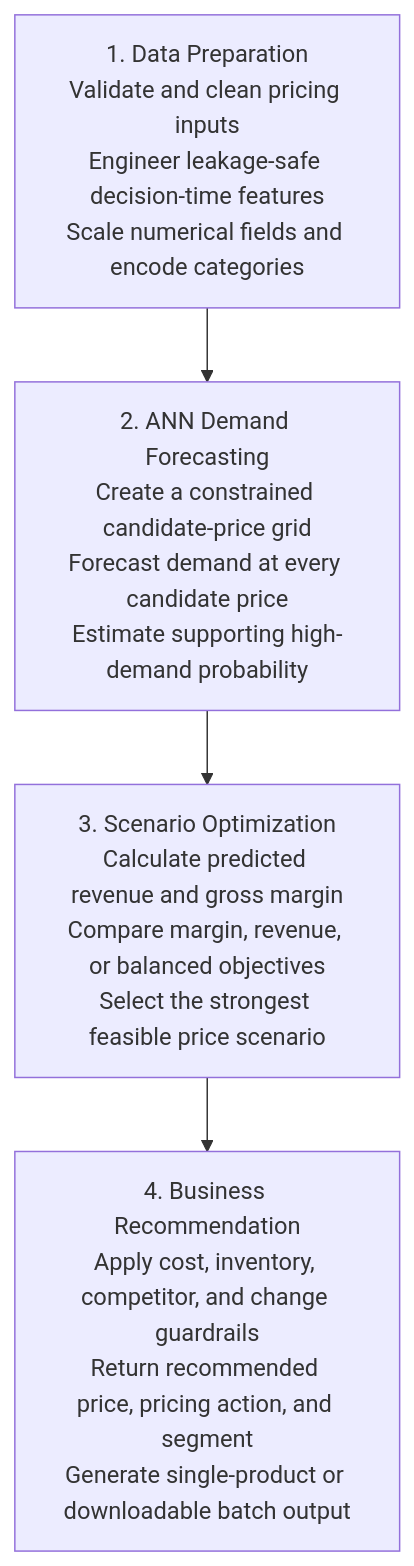
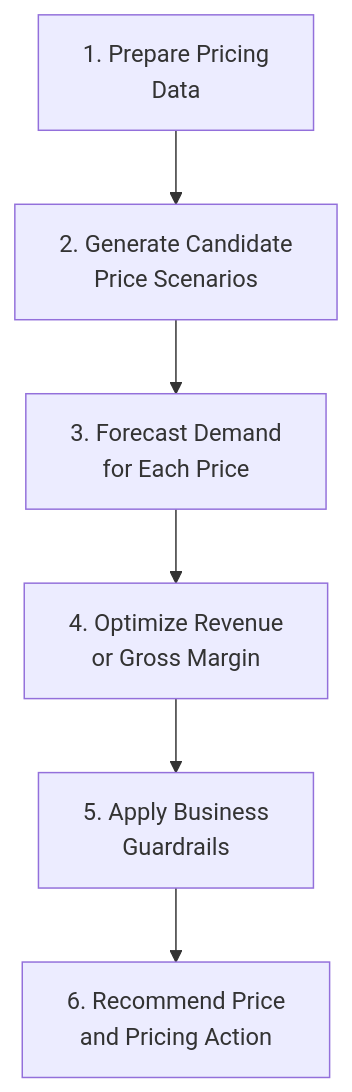
Before and after one commit to unit-mole/ann-deep-learning-projects: the diagram in 06-dynamic-pricing-optimization/README.md, drawn with Mermaid. The commit also changed other lines of this file, not shown here.

Commit message:
Improve dynamic pricing README and add live demo

````diff
--- a/06-dynamic-pricing-optimization/README.md
+++ b/06-dynamic-pricing-optimization/README.md
@@ -101,9 +101,11 @@
 ```mermaid
 flowchart TB
-    A["1. Data Preparation<br/>Validate and clean pricing inputs<br/>Engineer leakage-safe decision-time features<br/>Scale numerical fields and encode categories"]
-    B["2. ANN Demand Forecasting<br/>Create a constrained candidate-price grid<br/>Forecast demand at every candidate price<br/>Estimate supporting high-demand probability"]
-    C["3. Scenario Optimization<br/>Calculate predicted revenue and gross margin<br/>Compare margin, revenue, or balanced objectives<br/>Select the strongest feasible price scenario"]
-    D["4. Business Recommendation<br/>Apply cost, inventory, competitor, and change guardrails<br/>Return recommended price, pricing action, and segment<br/>Generate single-product or downloadable batch output"]
+    A["1. Prepare Pricing<br/>Data"]
+    B["2. Generate Candidate<br/>Price Scenarios"]
+    C["3. Forecast Demand<br/>for Each Price"]
+    D["4. Optimize Revenue<br/>or Gross Margin"]
+    E["5. Apply Business<br/>Guardrails"]
+    F["6. Recommend Price<br/>and Pricing Action"]
 
-    A --> B --> C --> D
+    A --> B --> C --> D --> E --> F
 ```
````
